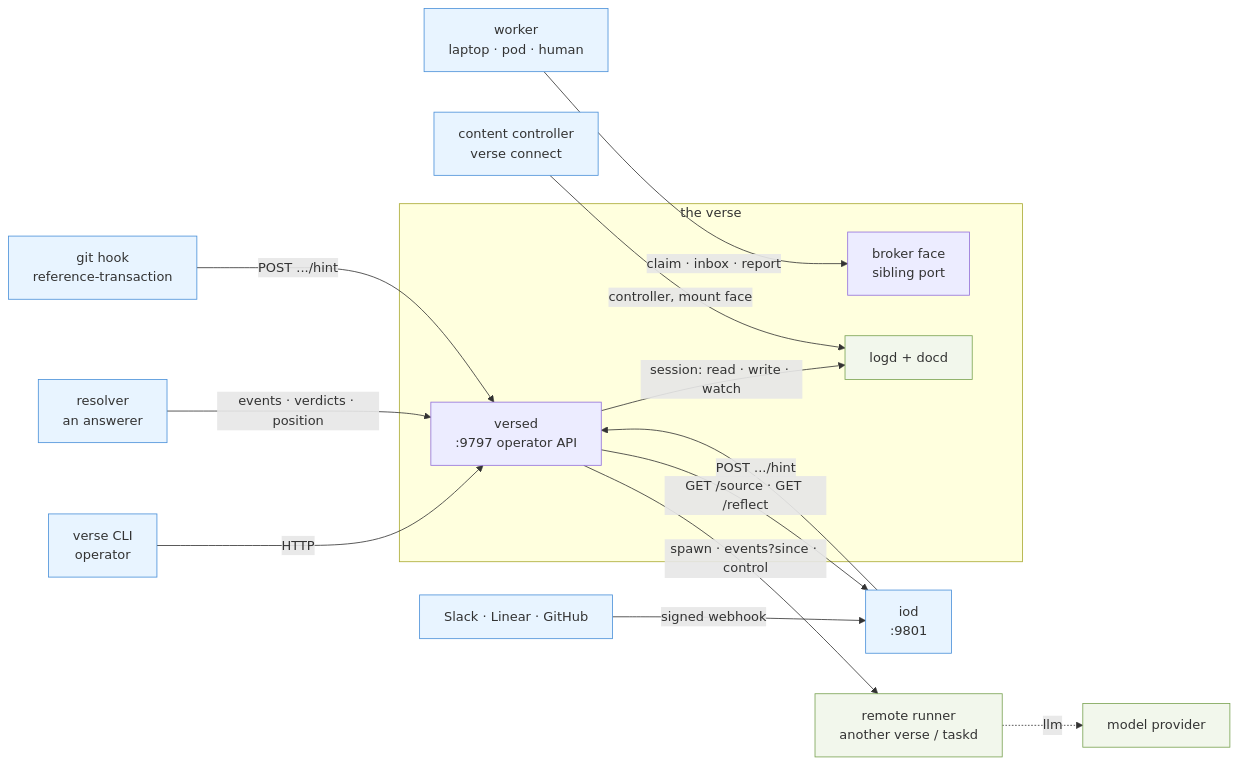
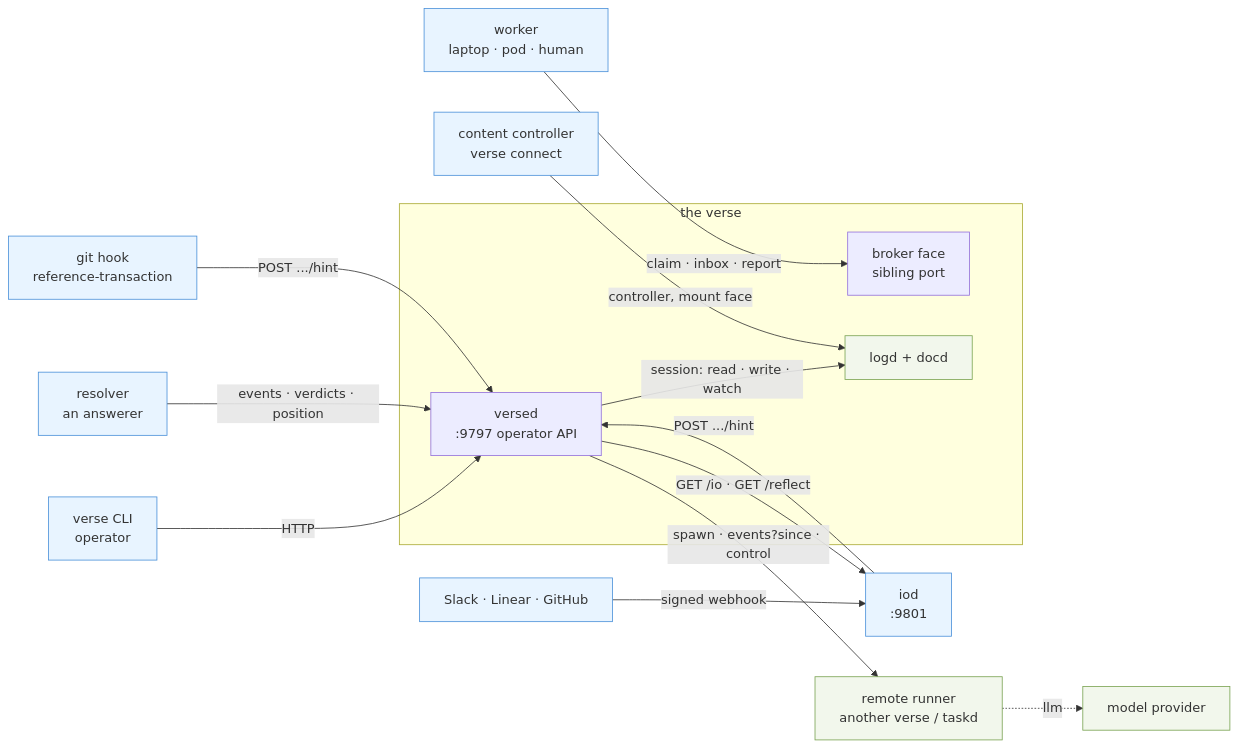
Before and after one commit to signadot/viff: the first of 4 diagrams in docs/seams.md, drawn with Mermaid. The commit also changed other lines of this file and 24 other files, not shown here.

````diff
--- a/docs/seams.md
+++ b/docs/seams.md
@@ -46,37 +46,37 @@
 ```mermaid
 flowchart LR
   cli["verse CLI<br/>operator"]
   res["resolver<br/>an answerer"]
   worker["worker<br/>laptop · pod · human"]
   wh["Slack · Linear · GitHub"]
   hook["git hook<br/>reference-transaction"]
 
   subgraph host["the verse"]
     versed["versed<br/>:9797 operator API"]
     bface["broker face<br/>sibling port"]
     docd["logd + docd"]
   end
 
   remote["remote runner<br/>another verse / taskd"]
   src["iod<br/>:9801"]
   ctl["content controller<br/>verse connect"]
   llm["model provider"]
 
   cli -->|"HTTP"| versed
   res -->|"events · verdicts · position"| versed
   wh -->|"signed webhook"| src
   hook -->|"POST .../hint"| versed
   worker -->|"claim · inbox · report"| bface
 
   versed -->|"session: read · write · watch"| docd
   versed -->|"spawn · events?since · control"| remote
-  versed -->|"GET /source · GET /reflect"| src
+  versed -->|"GET /io · GET /reflect"| src
   src -->|"POST .../hint"| versed
   ctl -->|"controller, mount face"| docd
   remote -.->|"llm"| llm
 
   classDef dialsIn fill:#e8f4ff,stroke:#4a90d9
   classDef dialsOut fill:#f2f7ec,stroke:#7aa352
   class cli,res,worker,wh,hook,src,ctl dialsIn
   class remote,llm,docd dialsOut
 ```
````
